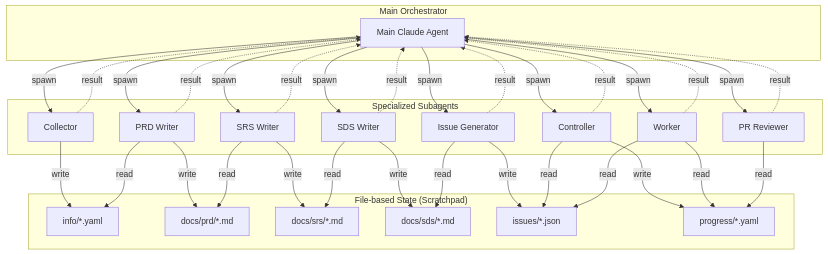
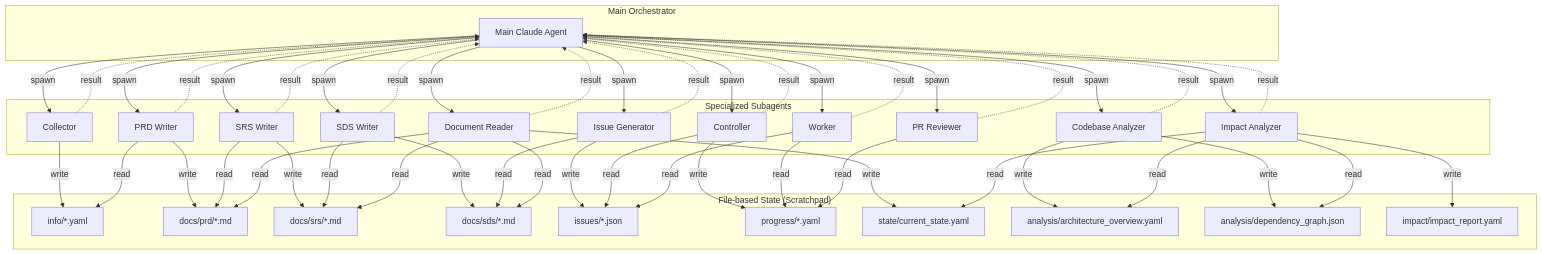
Before and after one commit to kcenon/claude_code_agent: the second of 7 diagrams in docs/system-architecture.kr.md, drawn with Mermaid. The commit also changed other lines of this file and 9 other files, not shown here.

First line of the commit message:
feat(impact-analyzer): implement Impact Analyzer Agent (#121)

````diff
--- a/docs/system-architecture.kr.md
+++ b/docs/system-architecture.kr.md
@@ -84,6 +98,9 @@
         A6[Controller]
         A7[Worker]
         A8[PR Reviewer]
+        A9[Document Reader]
+        A10[Codebase Analyzer]
+        A11[Impact Analyzer]
     end
 
     subgraph Scratchpad["File-based State (Scratchpad)"]
@@ -93,6 +110,10 @@
         S4[docs/sds/*.md]
         S5[issues/*.json]
         S6[progress/*.yaml]
+        S7[state/current_state.yaml]
+        S8[analysis/architecture_overview.yaml]
+        S9[analysis/dependency_graph.json]
+        S10[impact/impact_report.yaml]
     end
 
     MAIN -->|spawn| A1
@@ -103,6 +124,9 @@
     MAIN -->|spawn| A6
     MAIN -->|spawn| A7
     MAIN -->|spawn| A8
+    MAIN -->|spawn| A9
+    MAIN -->|spawn| A10
+    MAIN -->|spawn| A11
 
     A1 -->|write| S1
     A2 -->|read| S1
@@ -119,6 +143,18 @@
     A7 -->|read| S6
     A8 -->|read| S6
 
+    %% Enhancement Pipeline file access
+    A9 -->|read| S2
+    A9 -->|read| S3
+    A9 -->|read| S4
+    A9 -->|write| S7
+    A10 -->|write| S8
+    A10 -->|write| S9
+    A11 -->|read| S7
+    A11 -->|read| S8
+    A11 -->|read| S9
+    A11 -->|write| S10
+
     A1 -.->|result| MAIN
     A2 -.->|result| MAIN
     A3 -.->|result| MAIN
@@ -127,4 +163,7 @@
     A6 -.->|result| MAIN
     A7 -.->|result| MAIN
     A8 -.->|result| MAIN
+    A9 -.->|result| MAIN
+    A10 -.->|result| MAIN
+    A11 -.->|result| MAIN
 ```
````
